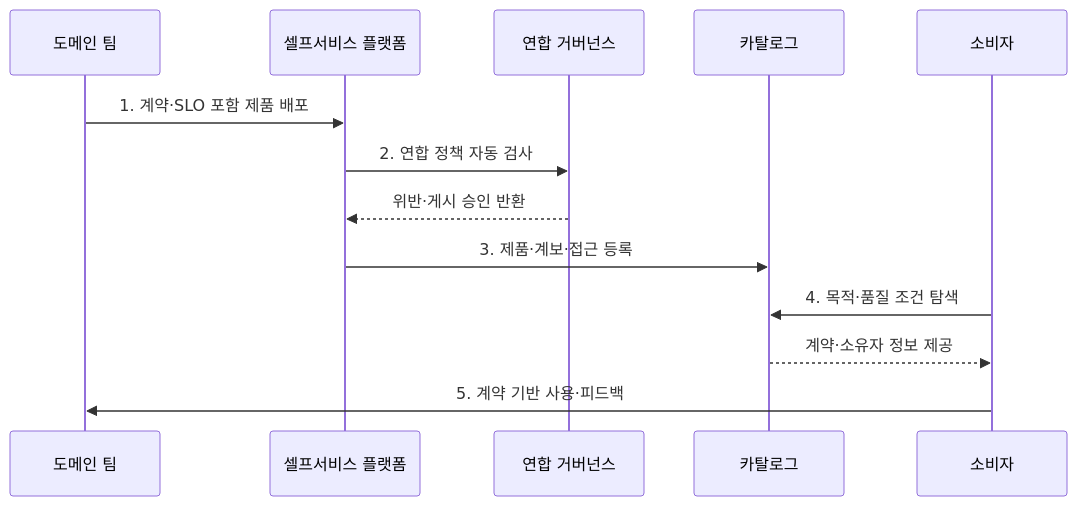
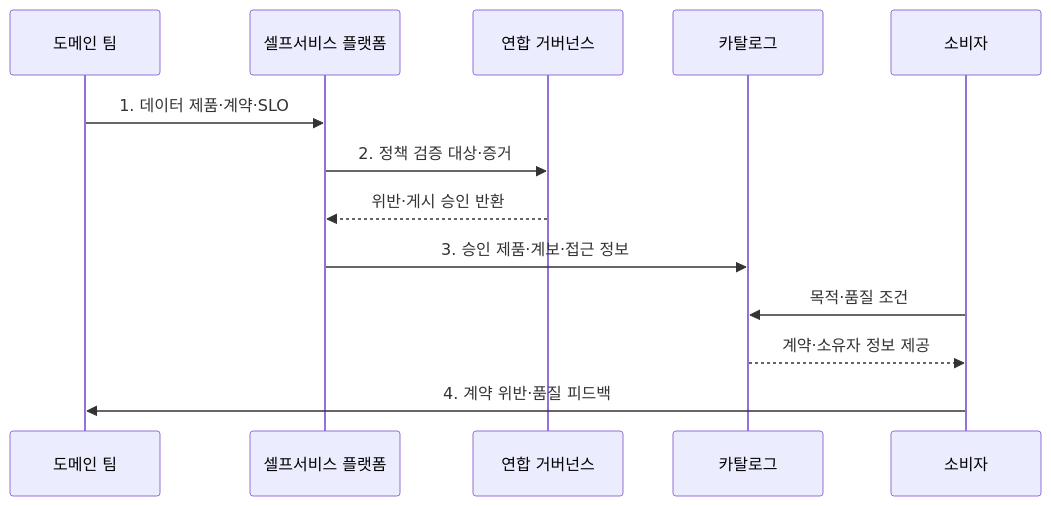
One commit to agnusdei1207/knowledge-base changed the second of 2 diagrams in src/content/docs/notes/03-software/131_data_mesh.md. Above: the diagram before and after it, drawn with Mermaid. The commit also changed other lines of this file and 20 other files, not shown here.

````diff
--- a/src/content/docs/notes/03-software/131_data_mesh.md
+++ b/src/content/docs/notes/03-software/131_data_mesh.md
@@ -81,15 +89,15 @@
 ```mermaid
 sequenceDiagram
     participant D as 도메인 팀
     participant S as 셀프서비스 플랫폼
     participant G as 연합 거버넌스
     participant C as 카탈로그
     participant U as 소비자
-    D->>S: 1. 계약·SLO 포함 제품 배포
-    S->>G: 2. 연합 정책 자동 검사
+    D->>S: 1. 데이터 제품·계약·SLO
+    S->>G: 2. 정책 검증 대상·증거
     G-->>S: 위반·게시 승인 반환
-    S->>C: 3. 제품·계보·접근 등록
-    U->>C: 4. 목적·품질 조건 탐색
+    S->>C: 3. 승인 제품·계보·접근 정보
+    U->>C: 목적·품질 조건
     C-->>U: 계약·소유자 정보 제공
-    U->>D: 5. 계약 기반 사용·피드백
+    U->>D: 4. 계약 위반·품질 피드백
 ```
````
